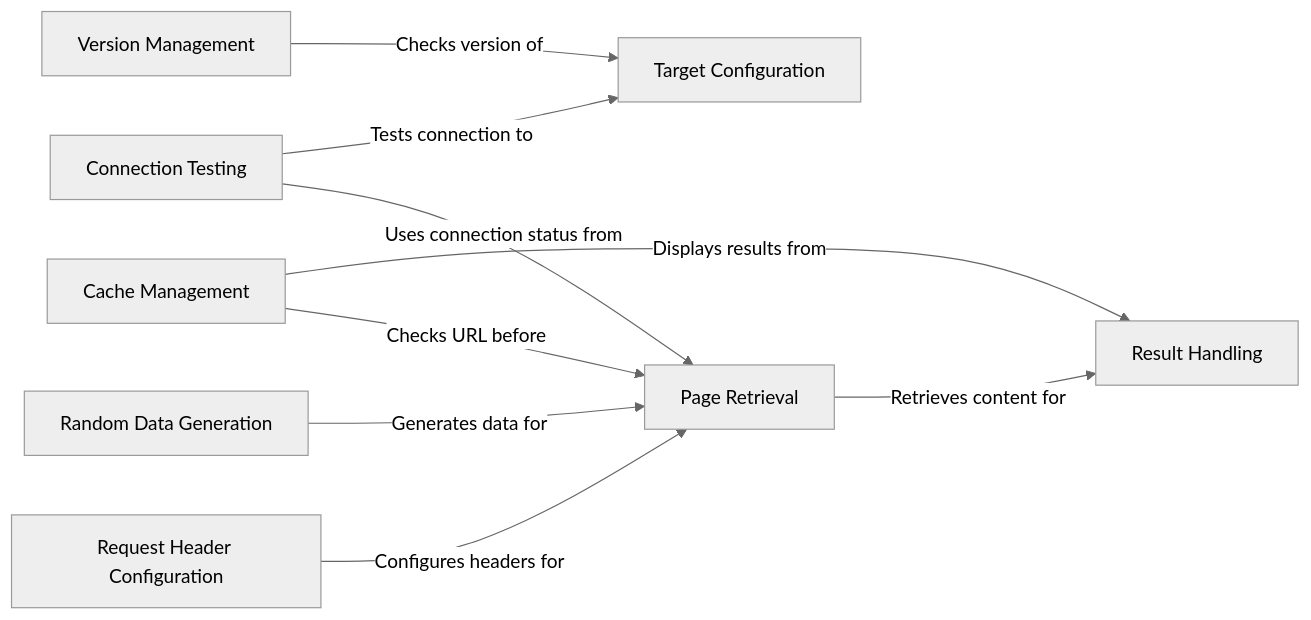
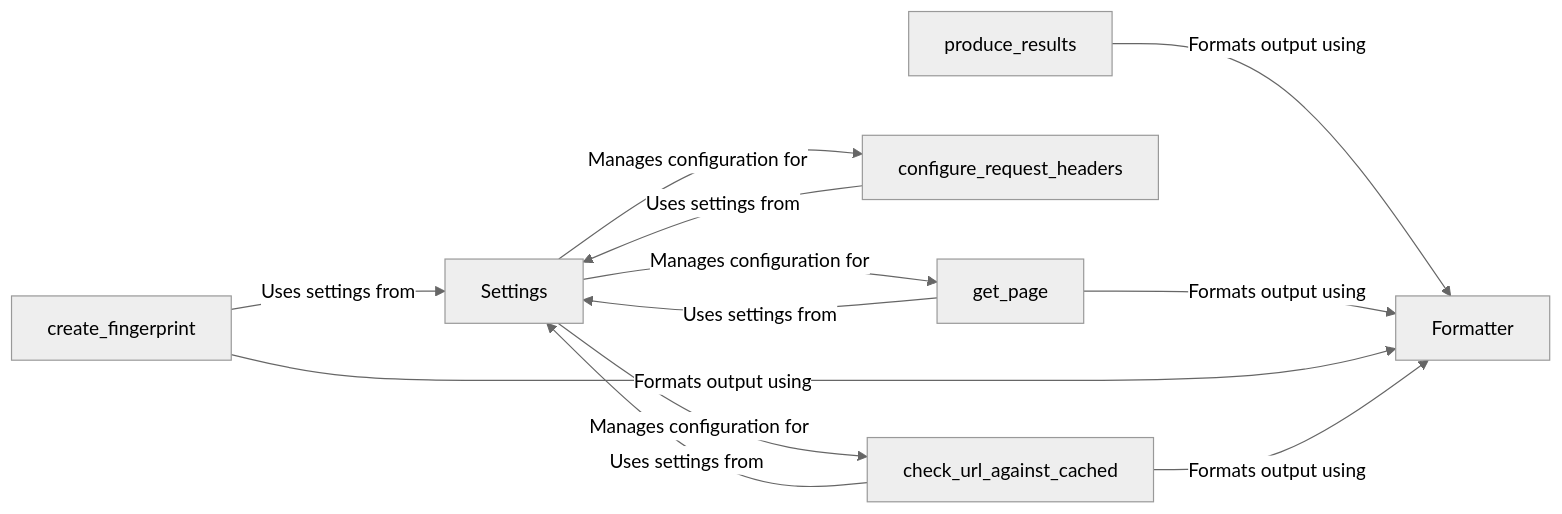
The diagram in WhatWaf/Configuration Manager.md (CodeBoarding/GeneratedOnBoardings), drawn with Mermaid (neutral theme) before and after one commit. The commit also changed other lines of this file and 14 other files, not shown here.

````diff
--- a/WhatWaf/Configuration Manager.md
+++ b/WhatWaf/Configuration Manager.md
@@ -1,19 +1,21 @@
 ```mermaid
 graph LR
-    Target_Configuration["Target Configuration"]
-    Request_Header_Configuration["Request Header Configuration"]
-    Version_Management["Version Management"]
-    Connection_Testing["Connection Testing"]
-    Result_Handling["Result Handling"]
-    Page_Retrieval["Page Retrieval"]
-    Cache_Management["Cache Management"]
-    Random_Data_Generation["Random Data Generation"]
-    Request_Header_Configuration -- "Configures headers for" --> Page_Retrieval
-    Page_Retrieval -- "Retrieves content for" --> Result_Handling
-    Random_Data_Generation -- "Generates data for" --> Page_Retrieval
-    Connection_Testing -- "Uses connection status from" --> Page_Retrieval
-    Cache_Management -- "Checks URL before" --> Page_Retrieval
-    Cache_Management -- "Displays results from" --> Result_Handling
-    Version_Management -- "Checks version of" --> Target_Configuration
-    Connection_Testing -- "Tests connection to" --> Target_Configuration
+    Settings["Settings"]
+    Formatter["Formatter"]
+    get_page["get_page"]
+    configure_request_headers["configure_request_headers"]
+    check_url_against_cached["check_url_against_cached"]
+    produce_results["produce_results"]
+    create_fingerprint["create_fingerprint"]
+    Settings -- "Manages configuration for" --> get_page
+    Settings -- "Manages configuration for" --> configure_request_headers
+    Settings -- "Manages configuration for" --> check_url_against_cached
+    get_page -- "Uses settings from" --> Settings
+    configure_request_headers -- "Uses settings from" --> Settings
+    check_url_against_cached -- "Uses settings from" --> Settings
+    produce_results -- "Formats output using" --> Formatter
+    create_fingerprint -- "Uses settings from" --> Settings
+    get_page -- "Formats output using" --> Formatter
+    create_fingerprint -- "Formats output using" --> Formatter
+    check_url_against_cached -- "Formats output using" --> Formatter
 ```
````
